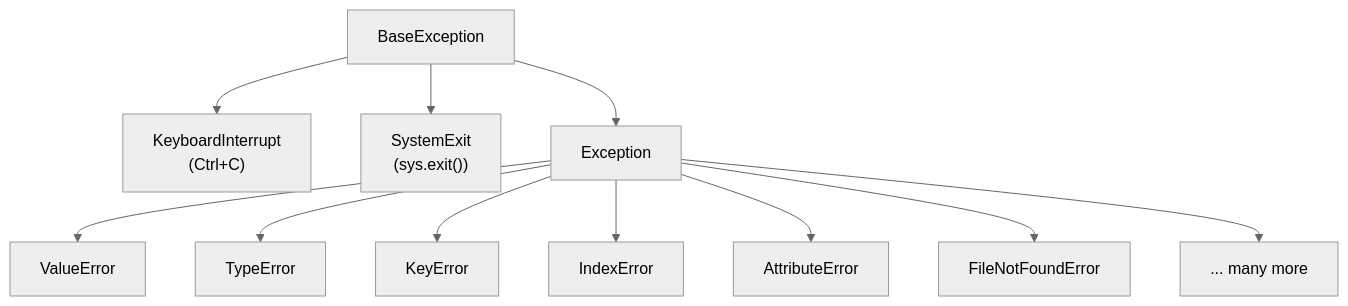
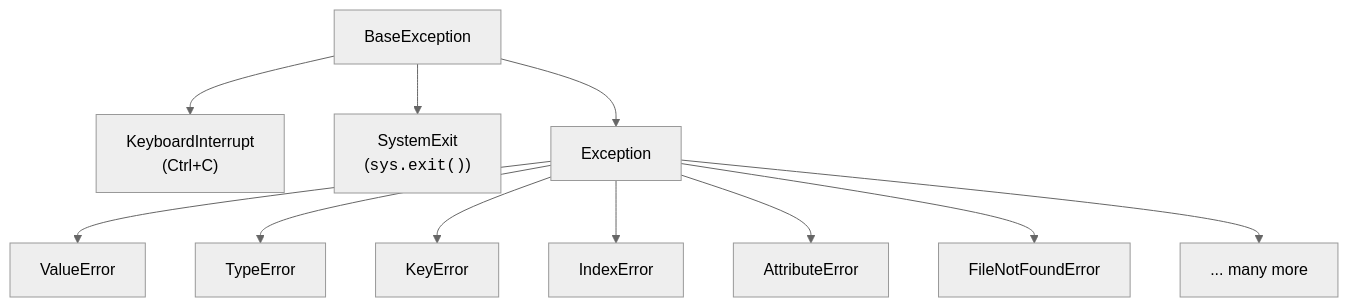
The second of 2 diagrams in content/courses/python-basics/exceptions.mdx (dataslope/dataslope), drawn with Mermaid (neutral theme) before and after one commit. The commit also changed 65 other files, not shown here.

First line of the commit message:
Set code in every mermaid label in the mono face

````diff
--- a/content/courses/python-basics/exceptions.mdx
+++ b/content/courses/python-basics/exceptions.mdx
@@ -329,13 +329,13 @@
 ```mermaid
 flowchart TD
     Base["BaseException"] --> KI["KeyboardInterrupt<br/>(Ctrl+C)"]
-    Base --> SE["SystemExit<br/>(sys.exit())"]
+    Base --> SE["SystemExit<br/>(<code>sys.exit()</code>)"]
     Base --> Exc["Exception"]
     Exc --> VE["ValueError"]
     Exc --> TE["TypeError"]
     Exc --> KE["KeyError"]
     Exc --> IE["IndexError"]
     Exc --> AE["AttributeError"]
     Exc --> FNF["FileNotFoundError"]
     Exc --> More["... many more"]
 ```
````
